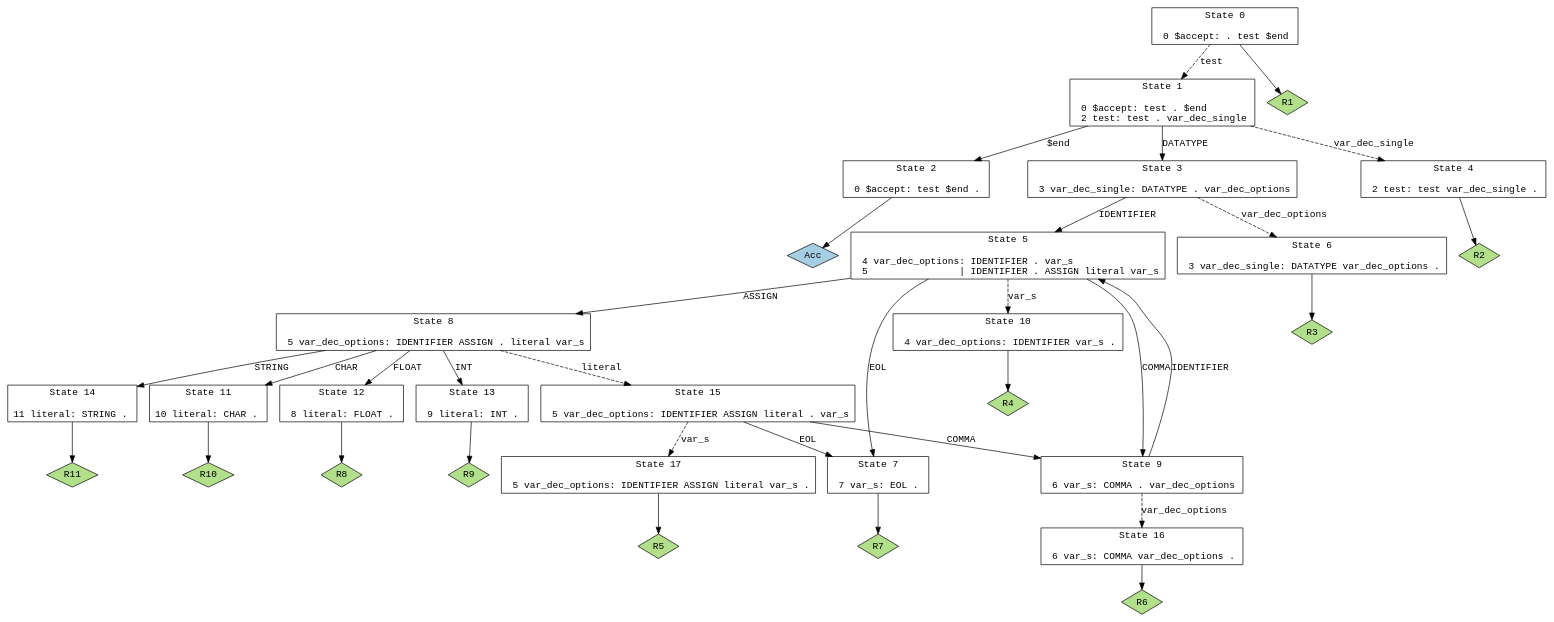
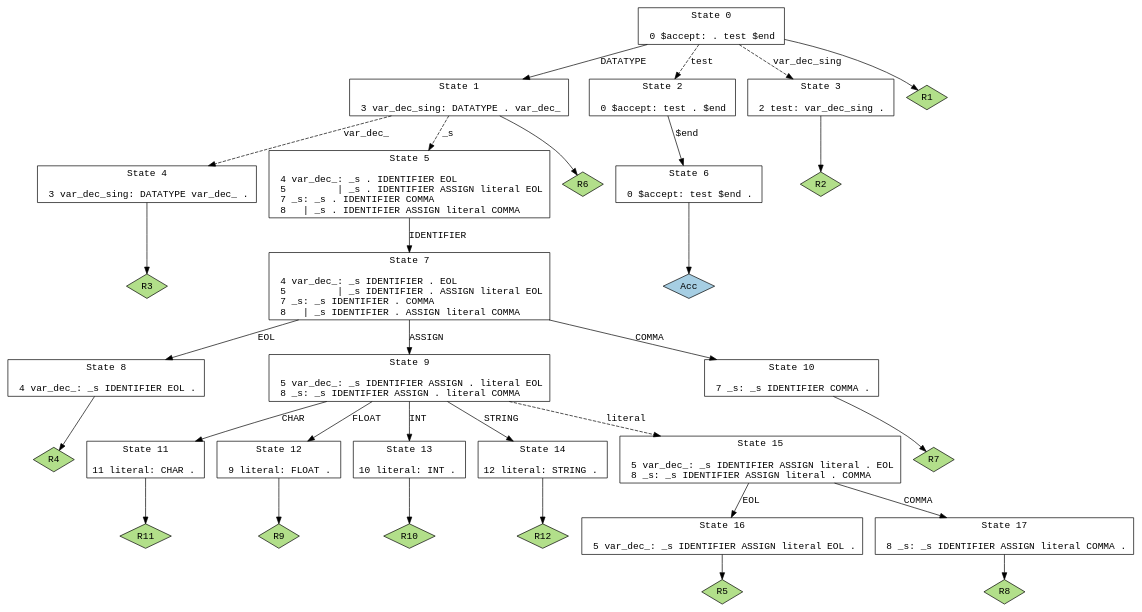
The diagram in parser.dot (iamarjunsuresh/fictional-robot), drawn with Graphviz before and after one commit. The commit also changed 12 other files, not shown here.

```diff
--- a/parser.dot
+++ b/parser.dot
@@ -1,72 +1,71 @@
 // Generated by GNU Bison 3.0.2.
 // Report bugs to <bug-bison@gnu.org>.
 // Home page: <http://www.gnu.org/software/bison/>.
 
 digraph "parser.y"
 {
   node [fontname = courier, shape = box, colorscheme = paired6]
   edge [fontname = courier]
 
   0 [label="State 0\n\l  0 $accept: . test $end\l"]
-  0 -> 1 [style=dashed label="test"]
+  0 -> 1 [style=solid label="DATATYPE"]
+  0 -> 2 [style=dashed label="test"]
+  0 -> 3 [style=dashed label="var_dec_sing"]
   0 -> "0R1" [style=solid]
  "0R1" [label="R1", fillcolor=3, shape=diamond, style=filled]
-  1 [label="State 1\n\l  0 $accept: test . $end\l  2 test: test . var_dec_single\l"]
-  1 -> 2 [style=solid label="$end"]
-  1 -> 3 [style=solid label="DATATYPE"]
-  1 -> 4 [style=dashed label="var_dec_single"]
-  2 [label="State 2\n\l  0 $accept: test $end .\l"]
-  2 -> "2R0" [style=solid]
- "2R0" [label="Acc", fillcolor=1, shape=diamond, style=filled]
-  3 [label="State 3\n\l  3 var_dec_single: DATATYPE . var_dec_options\l"]
-  3 -> 5 [style=solid label="IDENTIFIER"]
-  3 -> 6 [style=dashed label="var_dec_options"]
-  4 [label="State 4\n\l  2 test: test var_dec_single .\l"]
-  4 -> "4R2" [style=solid]
- "4R2" [label="R2", fillcolor=3, shape=diamond, style=filled]
-  5 [label="State 5\n\l  4 var_dec_options: IDENTIFIER . var_s\l  5                | IDENTIFIER . ASSIGN literal var_s\l"]
-  5 -> 7 [style=solid label="EOL"]
-  5 -> 8 [style=solid label="ASSIGN"]
-  5 -> 9 [style=solid label="COMMA"]
-  5 -> 10 [style=dashed label="var_s"]
-  6 [label="State 6\n\l  3 var_dec_single: DATATYPE var_dec_options .\l"]
-  6 -> "6R3" [style=solid]
- "6R3" [label="R3", fillcolor=3, shape=diamond, style=filled]
-  7 [label="State 7\n\l  7 var_s: EOL .\l"]
-  7 -> "7R7" [style=solid]
- "7R7" [label="R7", fillcolor=3, shape=diamond, style=filled]
-  8 [label="State 8\n\l  5 var_dec_options: IDENTIFIER ASSIGN . literal var_s\l"]
-  8 -> 11 [style=solid label="CHAR"]
-  8 -> 12 [style=solid label="FLOAT"]
-  8 -> 13 [style=solid label="INT"]
-  8 -> 14 [style=solid label="STRING"]
-  8 -> 15 [style=dashed label="literal"]
-  9 [label="State 9\n\l  6 var_s: COMMA . var_dec_options\l"]
-  9 -> 5 [style=solid label="IDENTIFIER"]
-  9 -> 16 [style=dashed label="var_dec_options"]
-  10 [label="State 10\n\l  4 var_dec_options: IDENTIFIER var_s .\l"]
-  10 -> "10R4" [style=solid]
- "10R4" [label="R4", fillcolor=3, shape=diamond, style=filled]
-  11 [label="State 11\n\l 10 literal: CHAR .\l"]
-  11 -> "11R10" [style=solid]
- "11R10" [label="R10", fillcolor=3, shape=diamond, style=filled]
-  12 [label="State 12\n\l  8 literal: FLOAT .\l"]
-  12 -> "12R8" [style=solid]
- "12R8" [label="R8", fillcolor=3, shape=diamond, style=filled]
-  13 [label="State 13\n\l  9 literal: INT .\l"]
-  13 -> "13R9" [style=solid]
- "13R9" [label="R9", fillcolor=3, shape=diamond, style=filled]
-  14 [label="State 14\n\l 11 literal: STRING .\l"]
-  14 -> "14R11" [style=solid]
- "14R11" [label="R11", fillcolor=3, shape=diamond, style=filled]
-  15 [label="State 15\n\l  5 var_dec_options: IDENTIFIER ASSIGN literal . var_s\l"]
-  15 -> 7 [style=solid label="EOL"]
-  15 -> 9 [style=solid label="COMMA"]
-  15 -> 17 [style=dashed label="var_s"]
-  16 [label="State 16\n\l  6 var_s: COMMA var_dec_options .\l"]
-  16 -> "16R6" [style=solid]
- "16R6" [label="R6", fillcolor=3, shape=diamond, style=filled]
-  17 [label="State 17\n\l  5 var_dec_options: IDENTIFIER ASSIGN literal var_s .\l"]
-  17 -> "17R5" [style=solid]
- "17R5" [label="R5", fillcolor=3, shape=diamond, style=filled]
+  1 [label="State 1\n\l  3 var_dec_sing: DATATYPE . var_dec_\l"]
+  1 -> 4 [style=dashed label="var_dec_"]
+  1 -> 5 [style=dashed label="_s"]
+  1 -> "1R6" [style=solid]
+ "1R6" [label="R6", fillcolor=3, shape=diamond, style=filled]
+  2 [label="State 2\n\l  0 $accept: test . $end\l"]
+  2 -> 6 [style=solid label="$end"]
+  3 [label="State 3\n\l  2 test: var_dec_sing .\l"]
+  3 -> "3R2" [style=solid]
+ "3R2" [label="R2", fillcolor=3, shape=diamond, style=filled]
+  4 [label="State 4\n\l  3 var_dec_sing: DATATYPE var_dec_ .\l"]
+  4 -> "4R3" [style=solid]
+ "4R3" [label="R3", fillcolor=3, shape=diamond, style=filled]
+  5 [label="State 5\n\l  4 var_dec_: _s . IDENTIFIER EOL\l  5         | _s . IDENTIFIER ASSIGN literal EOL\l  7 _s: _s . IDENTIFIER COMMA\l  8   | _s . IDENTIFIER ASSIGN literal COMMA\l"]
+  5 -> 7 [style=solid label="IDENTIFIER"]
+  6 [label="State 6\n\l  0 $accept: test $end .\l"]
+  6 -> "6R0" [style=solid]
+ "6R0" [label="Acc", fillcolor=1, shape=diamond, style=filled]
+  7 [label="State 7\n\l  4 var_dec_: _s IDENTIFIER . EOL\l  5         | _s IDENTIFIER . ASSIGN literal EOL\l  7 _s: _s IDENTIFIER . COMMA\l  8   | _s IDENTIFIER . ASSIGN literal COMMA\l"]
+  7 -> 8 [style=solid label="EOL"]
+  7 -> 9 [style=solid label="ASSIGN"]
+  7 -> 10 [style=solid label="COMMA"]
+  8 [label="State 8\n\l  4 var_dec_: _s IDENTIFIER EOL .\l"]
+  8 -> "8R4" [style=solid]
+ "8R4" [label="R4", fillcolor=3, shape=diamond, style=filled]
+  9 [label="State 9\n\l  5 var_dec_: _s IDENTIFIER ASSIGN . literal EOL\l  8 _s: _s IDENTIFIER ASSIGN . literal COMMA\l"]
+  9 -> 11 [style=solid label="CHAR"]
+  9 -> 12 [style=solid label="FLOAT"]
+  9 -> 13 [style=solid label="INT"]
+  9 -> 14 [style=solid label="STRING"]
+  9 -> 15 [style=dashed label="literal"]
+  10 [label="State 10\n\l  7 _s: _s IDENTIFIER COMMA .\l"]
+  10 -> "10R7" [style=solid]
+ "10R7" [label="R7", fillcolor=3, shape=diamond, style=filled]
+  11 [label="State 11\n\l 11 literal: CHAR .\l"]
+  11 -> "11R11" [style=solid]
+ "11R11" [label="R11", fillcolor=3, shape=diamond, style=filled]
+  12 [label="State 12\n\l  9 literal: FLOAT .\l"]
+  12 -> "12R9" [style=solid]
+ "12R9" [label="R9", fillcolor=3, shape=diamond, style=filled]
+  13 [label="State 13\n\l 10 literal: INT .\l"]
+  13 -> "13R10" [style=solid]
+ "13R10" [label="R10", fillcolor=3, shape=diamond, style=filled]
+  14 [label="State 14\n\l 12 literal: STRING .\l"]
+  14 -> "14R12" [style=solid]
+ "14R12" [label="R12", fillcolor=3, shape=diamond, style=filled]
+  15 [label="State 15\n\l  5 var_dec_: _s IDENTIFIER ASSIGN literal . EOL\l  8 _s: _s IDENTIFIER ASSIGN literal . COMMA\l"]
+  15 -> 16 [style=solid label="EOL"]
+  15 -> 17 [style=solid label="COMMA"]
+  16 [label="State 16\n\l  5 var_dec_: _s IDENTIFIER ASSIGN literal EOL .\l"]
+  16 -> "16R5" [style=solid]
+ "16R5" [label="R5", fillcolor=3, shape=diamond, style=filled]
+  17 [label="State 17\n\l  8 _s: _s IDENTIFIER ASSIGN literal COMMA .\l"]
+  17 -> "17R8" [style=solid]
+ "17R8" [label="R8", fillcolor=3, shape=diamond, style=filled]
 }
```
